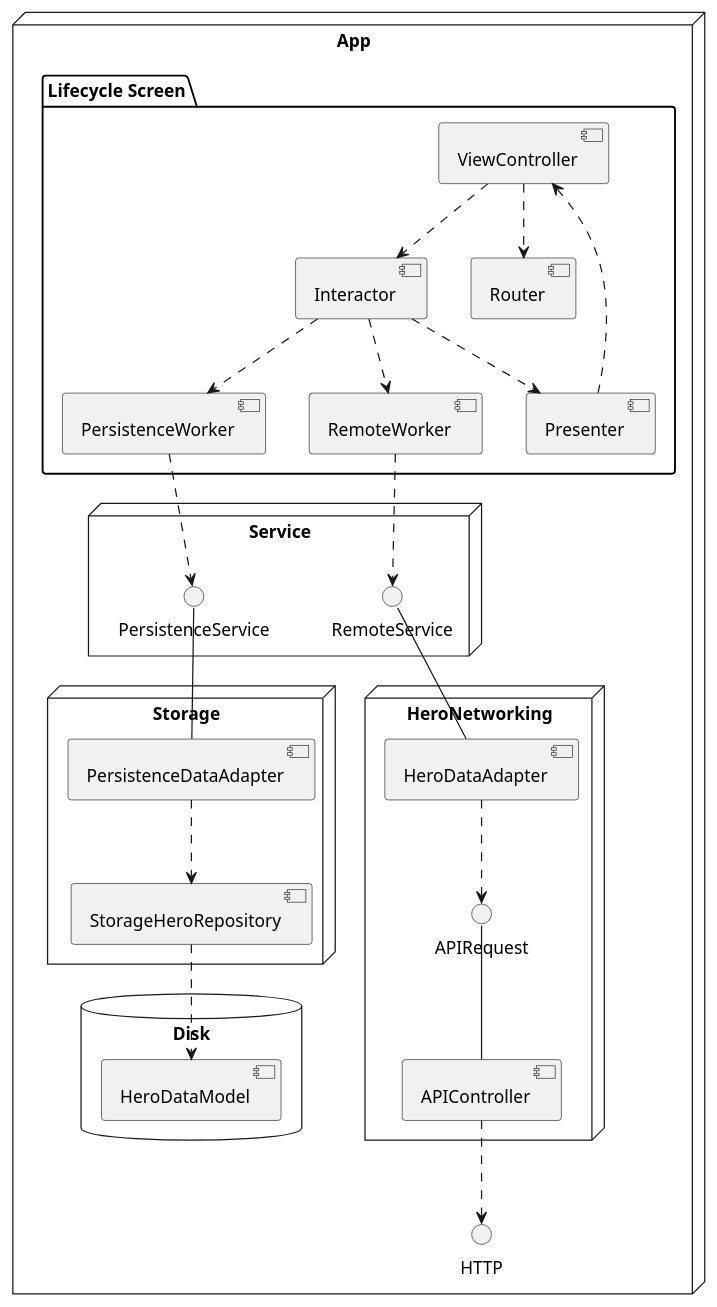
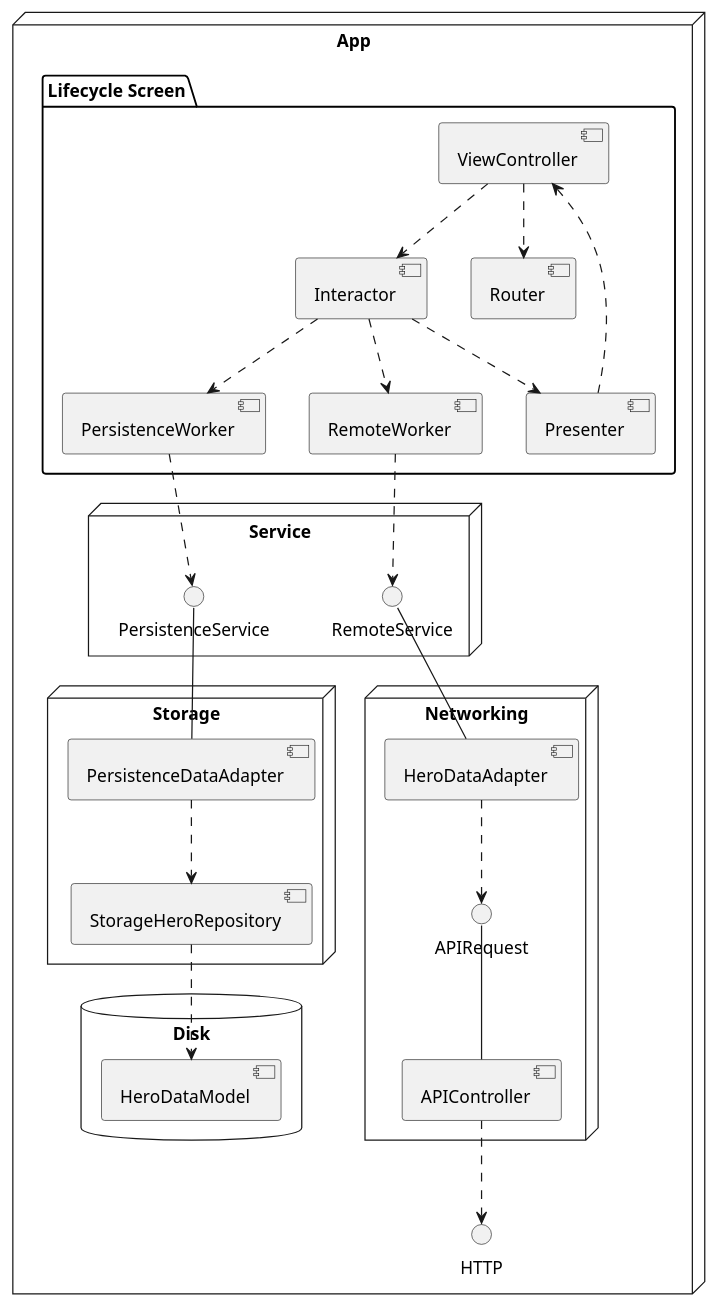
The diagram in docs/architecture/arch_components_diagrama.wsd (diogo-lins/Marvel-iOSApp), drawn with PlantUML before and after one commit. The commit also changed 8 other files, not shown here.

Commit message:
feat: create first flow to connect Marvel API

```diff
--- a/docs/architecture/arch_components_diagrama.wsd
+++ b/docs/architecture/arch_components_diagrama.wsd
@@ -1,53 +1,53 @@
 @startuml "MarvelHeros Architecture"
 
 node "App" as App {
     folder "Lifecycle Screen" {
         [ViewController]
         [Interactor]
         [Presenter]
         [RemoteWorker]
         [PersistenceWorker]
         [Router]
 
         [ViewController]..>[Interactor]
         [ViewController]..>[Router]
         [Interactor]..>[Presenter]
         [Presenter]..>[ViewController]
         [Interactor]..>[RemoteWorker]
         [Interactor]..>[PersistenceWorker]
     }
 
     node "Service" as Service {
         interface PersistenceService
         interface RemoteService
     }
 
     node "Storage" as Storage {
         [PersistenceDataAdapter]
         [StorageHeroRepository]
 
         [PersistenceDataAdapter]..>[StorageHeroRepository]
     }
 
-    node "HeroNetworking" as HeroNetworking {
+    node "Networking" as Networking {
         [HeroDataAdapter]
         interface APIRequest
         [APIController]
 
         [HeroDataAdapter] ..> APIRequest
         APIRequest -- [APIController]
     }
 
     database "Disk" {
         [HeroDataModel]
     }
 
     [RemoteWorker]..>[RemoteService]
     [PersistenceWorker]..>[PersistenceService]
     PersistenceService -- [PersistenceDataAdapter]
     RemoteService -- [HeroDataAdapter]
     [StorageHeroRepository] ..> [HeroDataModel]
     [APIController] ..> HTTP
 }
 
 @enduml
```
